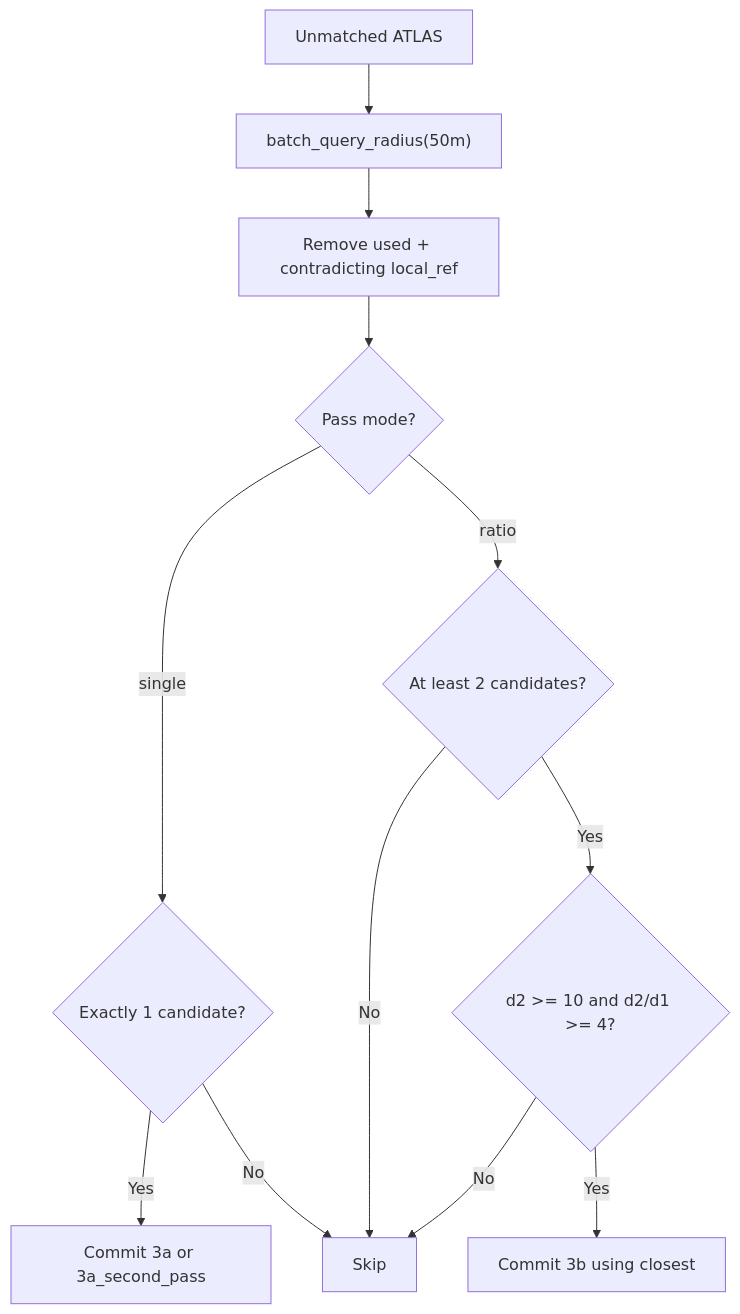
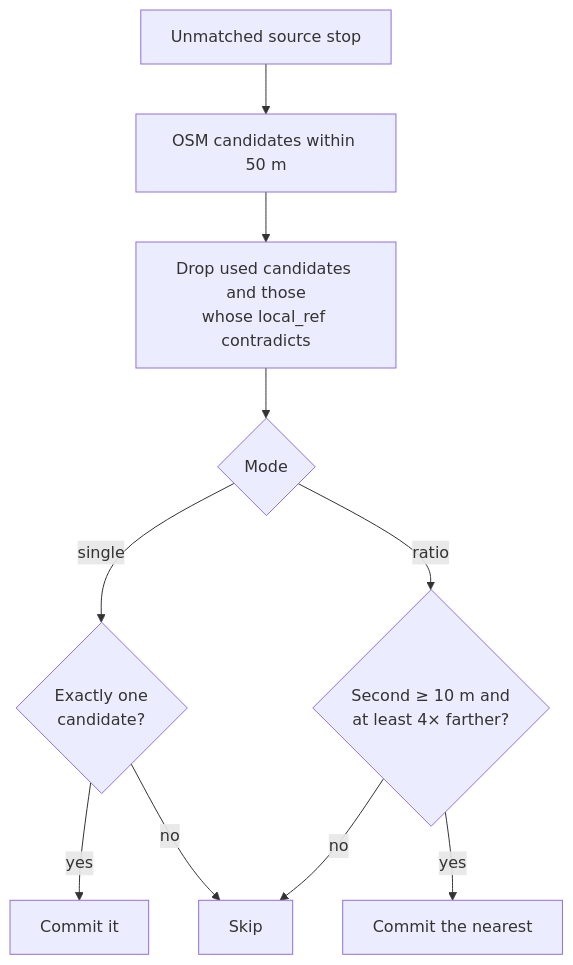
Before and after one commit to openTdataCH/osm-public-transport-matcher: the fourth of 4 diagrams in documentation/2.4 Distance matching.md, drawn with Mermaid. The commit also changed other lines of this file and 31 other files, not shown here.

````diff
--- a/documentation/2.4 Distance matching.md
+++ b/documentation/2.4 Distance matching.md
@@ -149,14 +72,12 @@
 ```mermaid
 flowchart TB
-    A["Unmatched ATLAS"] --> B["batch_query_radius(50m)"]
-    B --> C["Remove used + contradicting local_ref"]
-    C --> D{"Pass mode?"}
-    D -->|single| E{"Exactly 1 candidate?"}
-    E -->|Yes| F["Commit 3a or 3a_second_pass"]
-    E -->|No| X["Skip"]
-    D -->|ratio| G{"At least 2 candidates?"}
-    G -->|No| X
-    G -->|Yes| H{"d2 >= 10 and d2/d1 >= 4?"}
-    H -->|No| X
-    H -->|Yes| I["Commit 3b using closest"]
+    A["Unmatched source stop"] --> B["OSM candidates within 50 m"]
+    B --> C["Drop used candidates and those<br/>whose local_ref contradicts"]
+    C --> D{"Mode"}
+    D -->|"single"| E{"Exactly one<br/>candidate?"}
+    E -->|"yes"| F["Commit it"]
+    E -->|"no"| X["Skip"]
+    D -->|"ratio"| G{"Second ≥ 10 m and<br/>at least 4× farther?"}
+    G -->|"yes"| H["Commit the nearest"]
+    G -->|"no"| X
 ```
````
